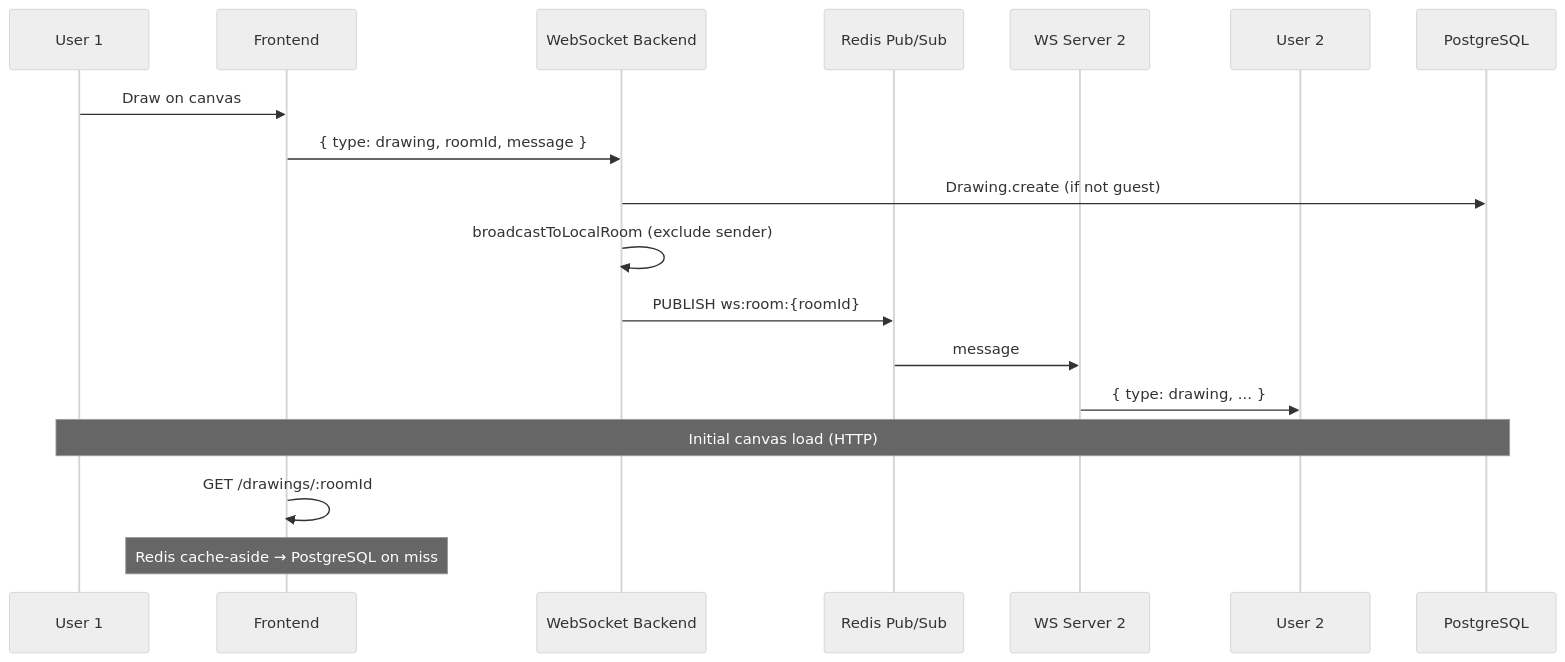
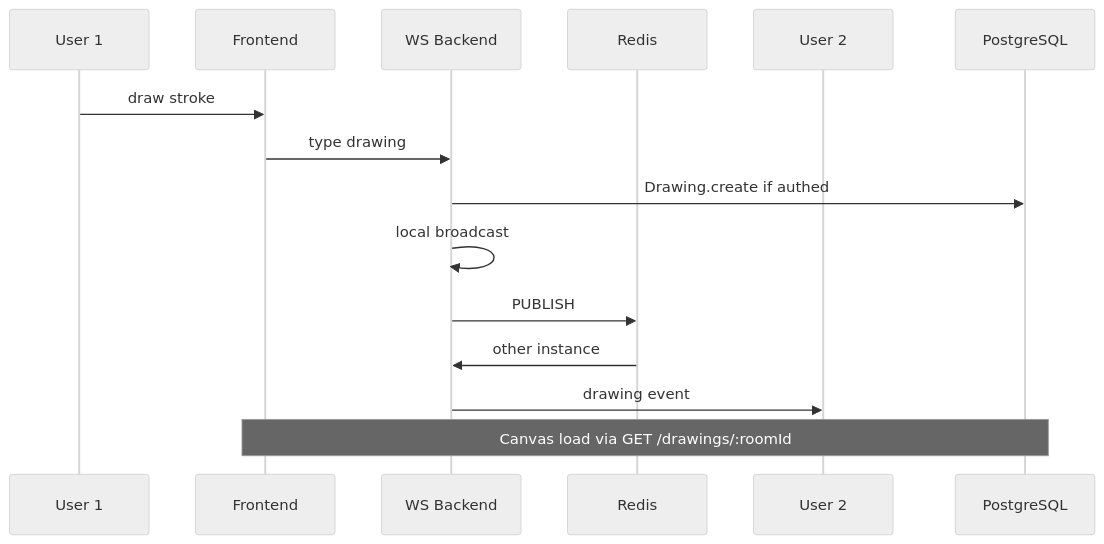
Before and after one commit to shivamkr082003/draw-app: the ninth of 12 diagrams in README.md, drawn with Mermaid (neutral theme). The commit also changed other lines of this file, not shown here.

Commit message:
docs: improve README and diagrams

````diff
--- a/README.md
+++ b/README.md
@@ -314,22 +368,19 @@
 ```mermaid
 sequenceDiagram
     participant U1 as User 1
     participant FE as Frontend
-    participant WS as WebSocket Backend
-    participant RD as Redis Pub/Sub
-    participant WS2 as WS Server 2
+    participant WS as WS Backend
+    participant R as Redis
     participant U2 as User 2
     participant P as PostgreSQL
 
-    U1->>FE: Draw on canvas
-    FE->>WS: { type: drawing, roomId, message }
-    WS->>P: Drawing.create (if not guest)
-    WS->>WS: broadcastToLocalRoom (exclude sender)
-    WS->>RD: PUBLISH ws:room:{roomId}
-    RD->>WS2: message
-    WS2->>U2: { type: drawing, ... }
+    U1->>FE: draw stroke
+    FE->>WS: type drawing
+    WS->>P: Drawing.create if authed
+    WS->>WS: local broadcast
+    WS->>R: PUBLISH
+    R->>WS: other instance
+    WS->>U2: drawing event
 
-    Note over U1,P: Initial canvas load (HTTP)
-    FE->>FE: GET /drawings/:roomId
-    Note over FE: Redis cache-aside → PostgreSQL on miss
+    Note over FE,P: Canvas load via GET /drawings/:roomId
 ```
````
